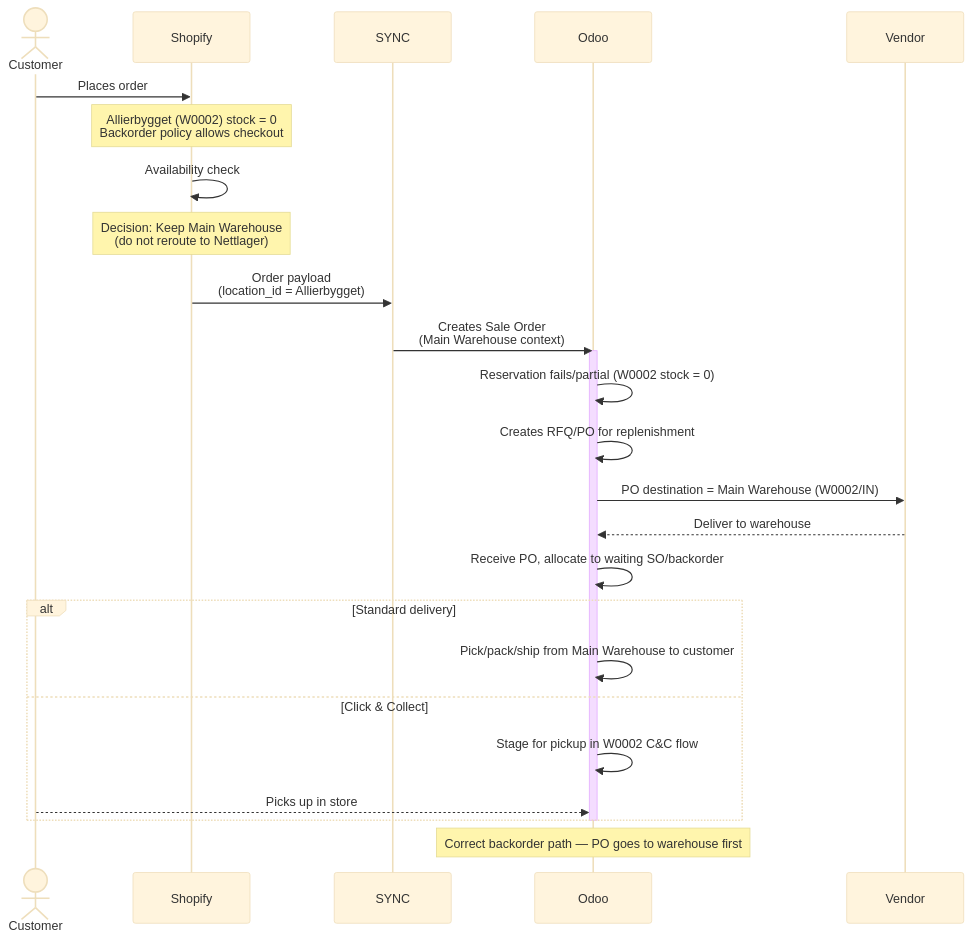
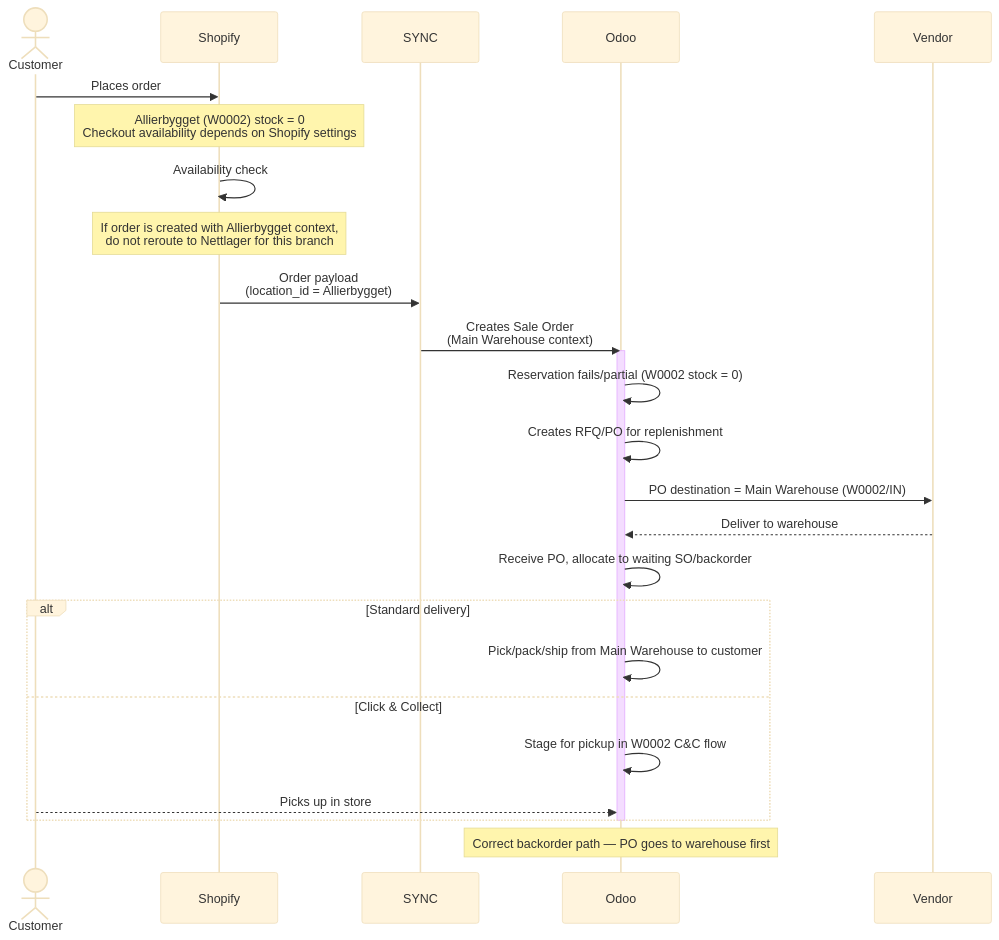
Before and after one commit to ozan-droid/documents: the tenth of 16 diagrams in shopify-sync-odoo-scenarios.md, drawn with Mermaid (base theme). The commit also changed other lines of this file, not shown here.

````diff
--- a/shopify-sync-odoo-scenarios.md
+++ b/shopify-sync-odoo-scenarios.md
@@ -441,33 +441,33 @@
 ```mermaid
 sequenceDiagram
     actor Customer
     participant Shopify
     participant SYNC
     participant Odoo
 
     Customer->>Shopify: Places order
 
-    Note over Shopify: Allierbygget (W0002) stock = 0<br/>Backorder policy allows checkout
+    Note over Shopify: Allierbygget (W0002) stock = 0<br/>Checkout availability depends on Shopify settings
 
     Shopify->>Shopify: Availability check
-    Note over Shopify: Decision: Keep Main Warehouse<br/>(do not reroute to Nettlager)
+    Note over Shopify: If order is created with Allierbygget context,<br/>do not reroute to Nettlager for this branch
 
     Shopify->>SYNC: Order payload<br/>(location_id = Allierbygget)
     SYNC->>Odoo: Creates Sale Order<br/>(Main Warehouse context)
 
     activate Odoo
     Odoo->>Odoo: Reservation fails/partial (W0002 stock = 0)
     Odoo->>Odoo: Creates RFQ/PO for replenishment
     Odoo->>Vendor: PO destination = Main Warehouse (W0002/IN)
     Vendor-->>Odoo: Deliver to warehouse
     Odoo->>Odoo: Receive PO, allocate to waiting SO/backorder
     alt Standard delivery
         Odoo->>Odoo: Pick/pack/ship from Main Warehouse to customer
     else Click & Collect
         Odoo->>Odoo: Stage for pickup in W0002 C&C flow
         Customer-->>Odoo: Picks up in store
     end
     deactivate Odoo
 
     Note over Odoo: Correct backorder path — PO goes to warehouse first
 ```
````
